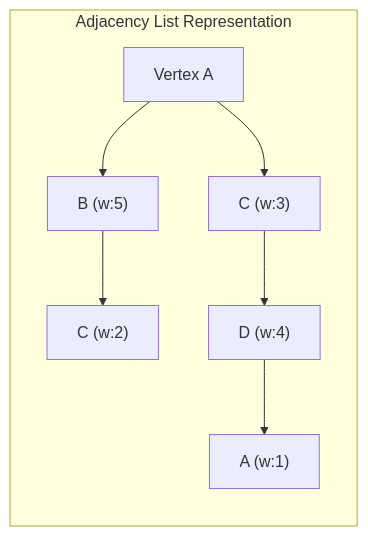
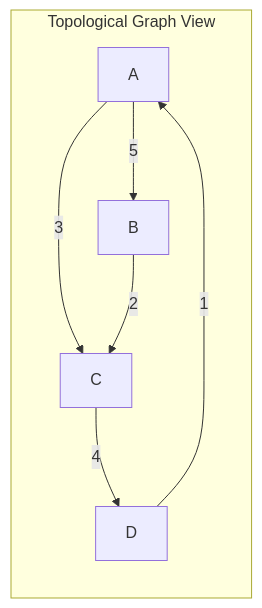
One commit to Amey-Thakur/PYTHON-SHORTS changed the second of 3 diagrams in Source Code/Graph/README.md. Above: the diagram before and after it, drawn with Mermaid. The commit also changed other lines of this file, not shown here.

Commit message:
Python Shorts

````diff
--- a/Source Code/Graph/README.md
+++ b/Source Code/Graph/README.md
@@ -53,10 +64,10 @@
 ```mermaid
 graph LR
-    subgraph AdjacencyList ["Adjacency List Representation"]
-        A["Vertex A"] --> B["B (w:5)"]
-        A --> C["C (w:3)"]
-        B --> C2["C (w:2)"]
-        C --> D["D (w:4)"]
-        D --> A2["A (w:1)"]
+    subgraph Topology ["Topological Graph View"]
+        A["A"] -- 5 --> B["B"]
+        A -- 3 --> C["C"]
+        B -- 2 --> C
+        C -- 4 --> D["D"]
+        D -- 1 --> A
     end
 ```
````
